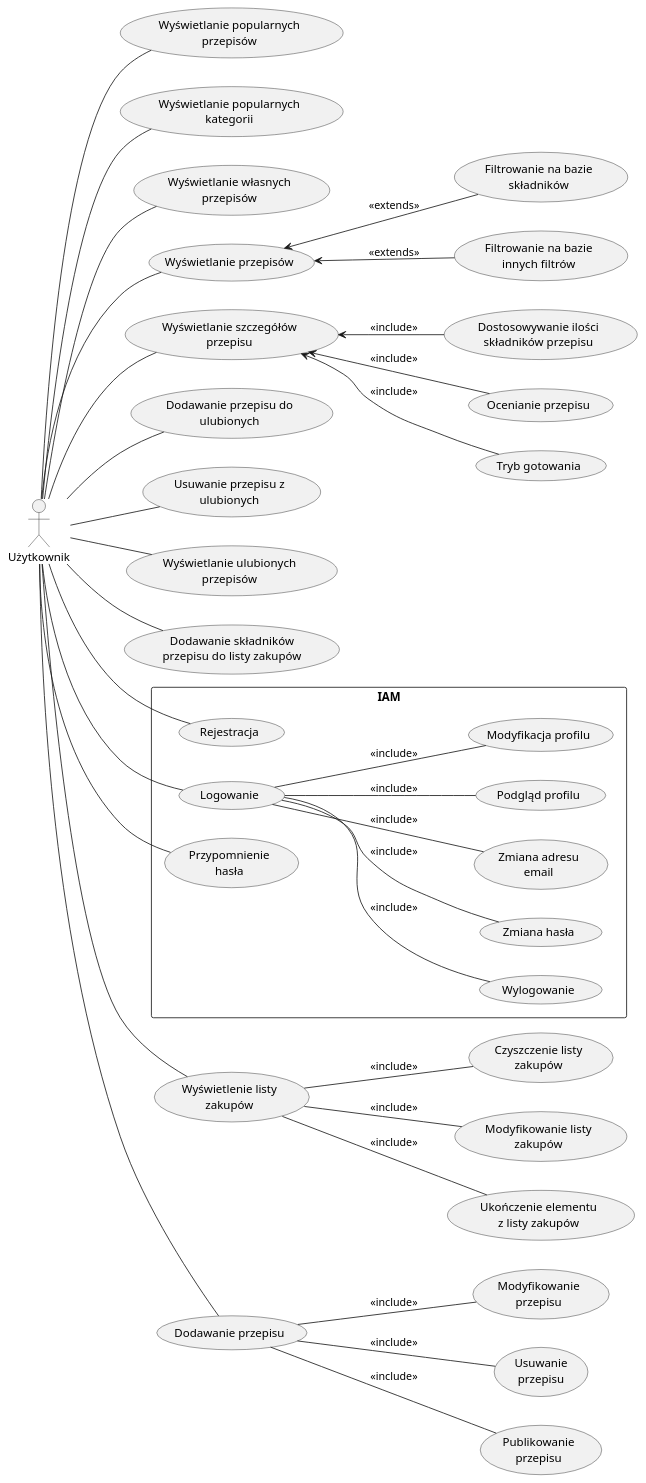
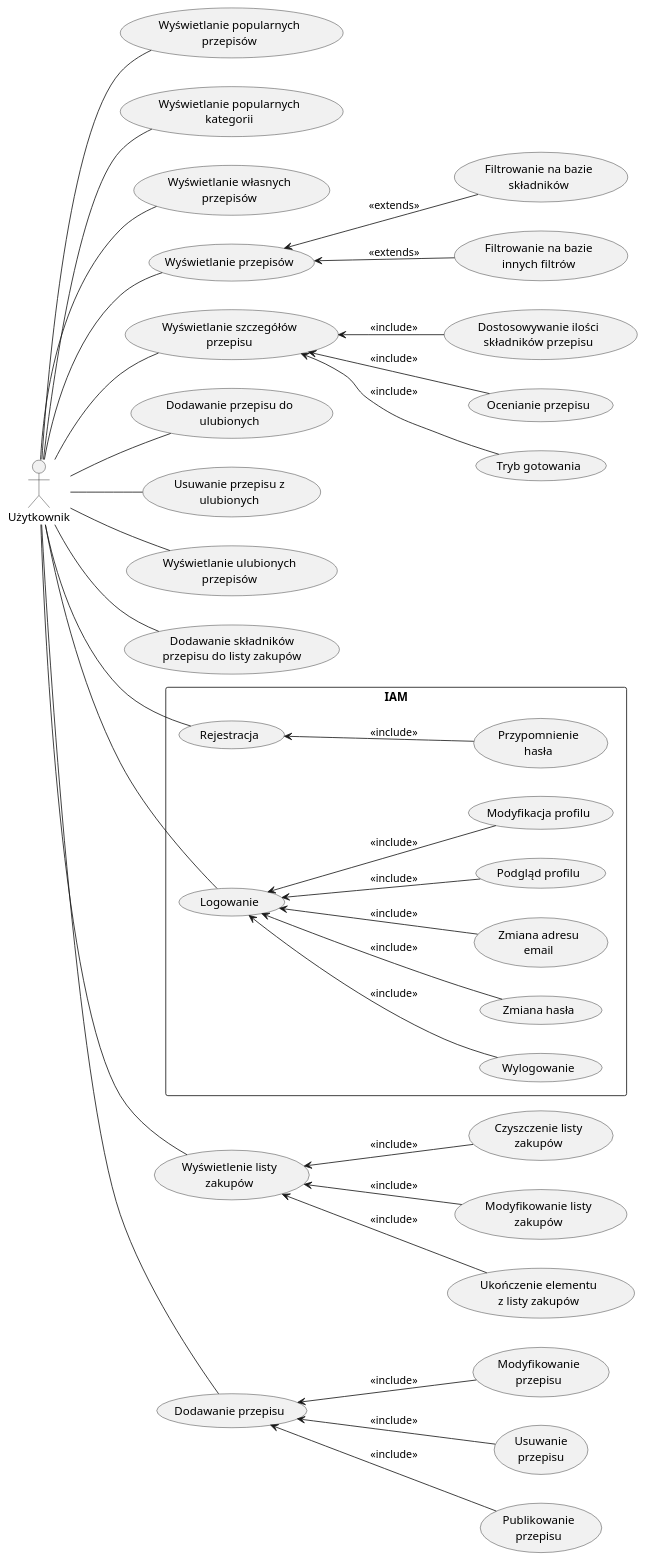
The diagram in docs/use-case.puml (oskarski/inzynierka), drawn with PlantUML before and after one commit.

Commit message:
added proper arrow styling

```diff
--- a/docs/use-case.puml
+++ b/docs/use-case.puml
@@ -1,82 +1,82 @@
 @startuml
 left to right direction
 
 actor "Użytkownik" as user
 
 rectangle IAM {
     usecase "Rejestracja" as iam_register
     usecase "Logowanie" as iam_login
     usecase "Przypomnienie\nhasła" as iam_forgot_password
     usecase "Wylogowanie" as iam_logout
     usecase "Zmiana hasła" as iam_password_change
     usecase "Zmiana adresu\nemail" as iam_email_change
     usecase "Podgląd profilu" as iam_me_details
     usecase "Modyfikacja profilu" as iam_me_edit
 }
 
 usecase "Wyświetlanie popularnych\nprzepisów" as home_popular_recipes
 usecase "Wyświetlanie popularnych\nkategorii" as home_popular_categories
 usecase "Wyświetlanie własnych\nprzepisów" as home_my_recipes
 
 usecase "Wyświetlanie przepisów" as recipes
 usecase "Filtrowanie na bazie\nskładników" as filter_recipes_by_ingredients
 usecase "Filtrowanie na bazie\ninnych filtrów" as filter_recipes_by_filters
 
 usecase "Wyświetlanie szczegółów\nprzepisu" as recipe_details
 usecase "Dostosowywanie ilości\nskładników przepisu" as recipe_details_adjust_quantity
 usecase "Ocenianie przepisu" as recipe_details_rate
 usecase "Tryb gotowania" as recipe_details_cooking_mode
 
 usecase "Dodawanie przepisu do\nulubionych" as add_recipe_to_favourite
 usecase "Usuwanie przepisu z\nulubionych" as remove_recipe_from_favourite
 usecase "Wyświetlanie ulubionych\nprzepisów" as favourite_recipes
 
 usecase "Dodawanie składników\nprzepisu do listy zakupów" as add_recipe_ingredients_to_shopping_list
 usecase "Wyświetlenie listy\nzakupów" as shopping_list
 usecase "Czyszczenie listy\nzakupów" as shopping_list_clear
 usecase "Modyfikowanie listy\nzakupów" as shopping_list_edit
 usecase "Ukończenie elementu\nz listy zakupów" as shopping_list_complete
 
 usecase "Dodawanie przepisu" as add_recipe
 usecase "Modyfikowanie\nprzepisu" as edit_recipe
 usecase "Usuwanie\nprzepisu" as delete_recipe
 usecase "Publikowanie\nprzepisu" as publish_recipe
 
 user -- iam_register
 user -- iam_login
-user -- iam_forgot_password
-iam_login -- iam_logout : <<include>>
-iam_login -- iam_password_change : <<include>>
-iam_login -- iam_email_change : <<include>>
-iam_login -- iam_me_details : <<include>>
-iam_login -- iam_me_edit : <<include>>
+iam_register <-- iam_forgot_password : <<include>>
+iam_login <-- iam_logout : <<include>>
+iam_login <-- iam_password_change : <<include>>
+iam_login <-- iam_email_change : <<include>>
+iam_login <-- iam_me_details : <<include>>
+iam_login <-- iam_me_edit : <<include>>
 
 user -- home_popular_recipes
 user -- home_popular_categories
 user -- home_my_recipes
 
 user -- recipes
 recipes <-- filter_recipes_by_ingredients : <<extends>>
 recipes <-- filter_recipes_by_filters  : <<extends>>
 
 
 user -- recipe_details
 recipe_details <-- recipe_details_adjust_quantity : <<include>>
 recipe_details <-- recipe_details_rate : <<include>>
 recipe_details <-- recipe_details_cooking_mode : <<include>>
 
 user -- add_recipe_to_favourite
 user -- remove_recipe_from_favourite
 user -- favourite_recipes
 
 user -- add_recipe_ingredients_to_shopping_list
 user -- shopping_list
-shopping_list -- shopping_list_clear : <<include>>
-shopping_list -- shopping_list_edit : <<include>>
-shopping_list -- shopping_list_complete : <<include>>
+shopping_list <-- shopping_list_clear : <<include>>
+shopping_list <-- shopping_list_edit : <<include>>
+shopping_list <-- shopping_list_complete : <<include>>
 
 user -- add_recipe
-add_recipe -- publish_recipe : <<include>>
-add_recipe -- edit_recipe : <<include>>
-add_recipe -- delete_recipe : <<include>>
+add_recipe <-- publish_recipe : <<include>>
+add_recipe <-- edit_recipe : <<include>>
+add_recipe <-- delete_recipe : <<include>>
 @enduml
```
